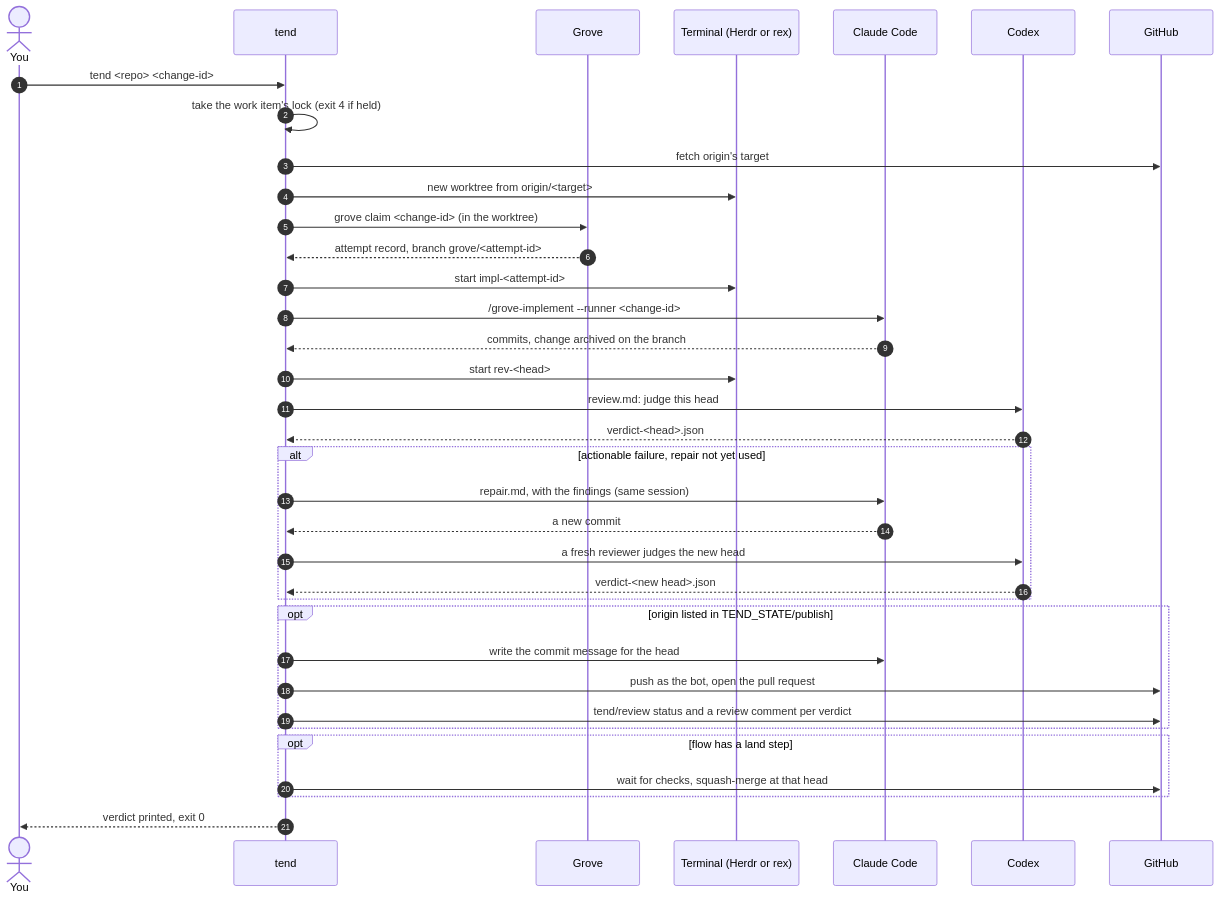
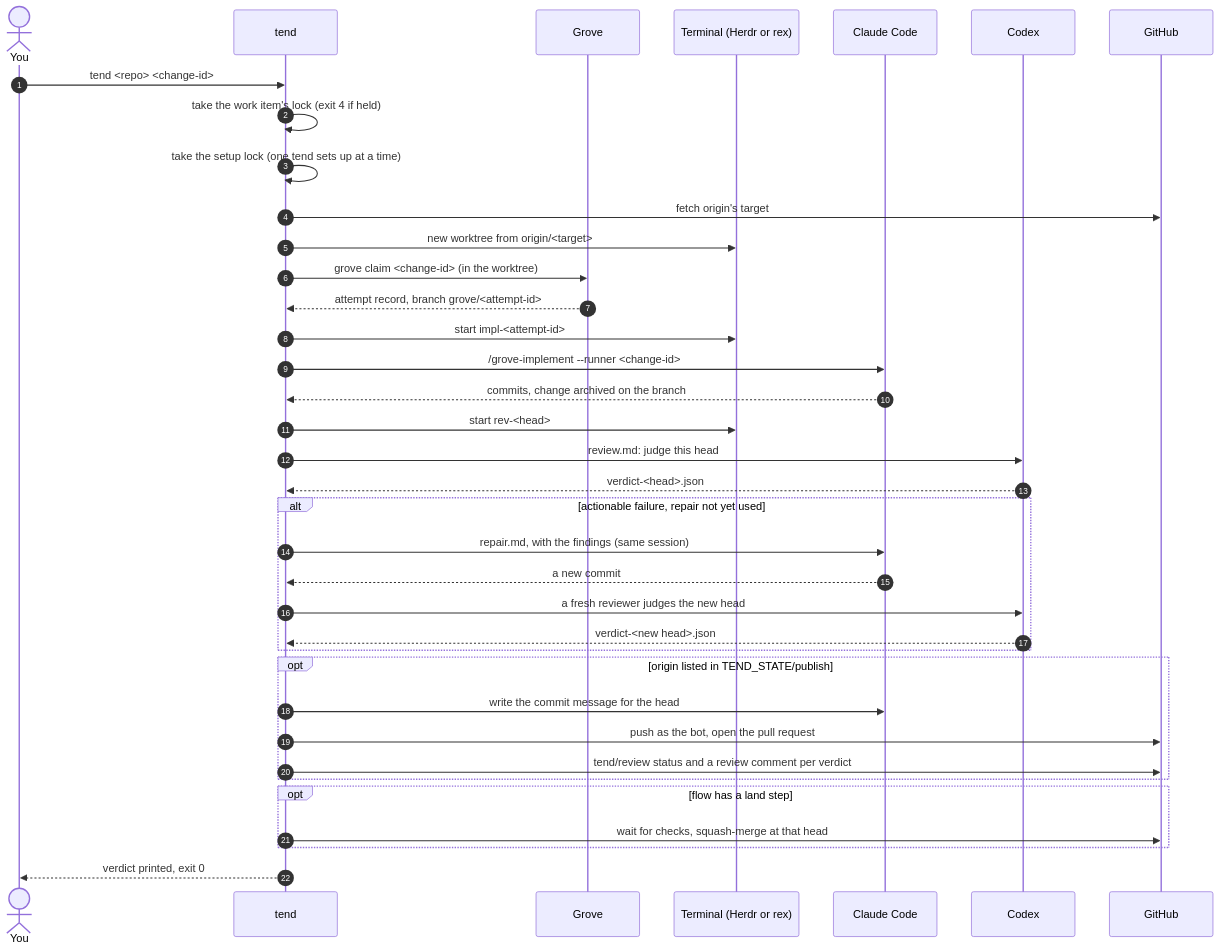
One commit to mascah/tend changed the diagram in guide/run.md. Above: the diagram before and after it, drawn with Mermaid. The commit also changed other lines of this file and 4 other files, not shown here.

````diff
--- a/guide/run.md
+++ b/guide/run.md
@@ -3,38 +3,39 @@
 ```mermaid
 sequenceDiagram
     autonumber
     actor You
     participant T as tend
     participant G as Grove
     participant H as Terminal (Herdr or rex)
     participant C as Claude Code
     participant X as Codex
     participant GH as GitHub
     You->>T: tend #lt;repo#gt; #lt;change-id#gt;
     T->>T: take the work item's lock (exit 4 if held)
+    T->>T: take the setup lock (one tend sets up at a time)
     T->>GH: fetch origin's target
     T->>H: new worktree from origin/#lt;target#gt;
     T->>G: grove claim #lt;change-id#gt; (in the worktree)
     G-->>T: attempt record, branch grove/#lt;attempt-id#gt;
     T->>H: start impl-#lt;attempt-id#gt;
     T->>C: /grove-implement --runner #lt;change-id#gt;
     C-->>T: commits, change archived on the branch
     T->>H: start rev-#lt;head#gt;
     T->>X: review.md: judge this head
     X-->>T: verdict-#lt;head#gt;.json
     alt actionable failure, repair not yet used
         T->>C: repair.md, with the findings (same session)
         C-->>T: a new commit
         T->>X: a fresh reviewer judges the new head
         X-->>T: verdict-#lt;new head#gt;.json
     end
     opt origin listed in TEND_STATE/publish
         T->>C: write the commit message for the head
         T->>GH: push as the bot, open the pull request
         T->>GH: tend/review status and a review comment per verdict
     end
     opt flow has a land step
         T->>GH: wait for checks, squash-merge at that head
     end
     T-->>You: verdict printed, exit 0
 ```
````
